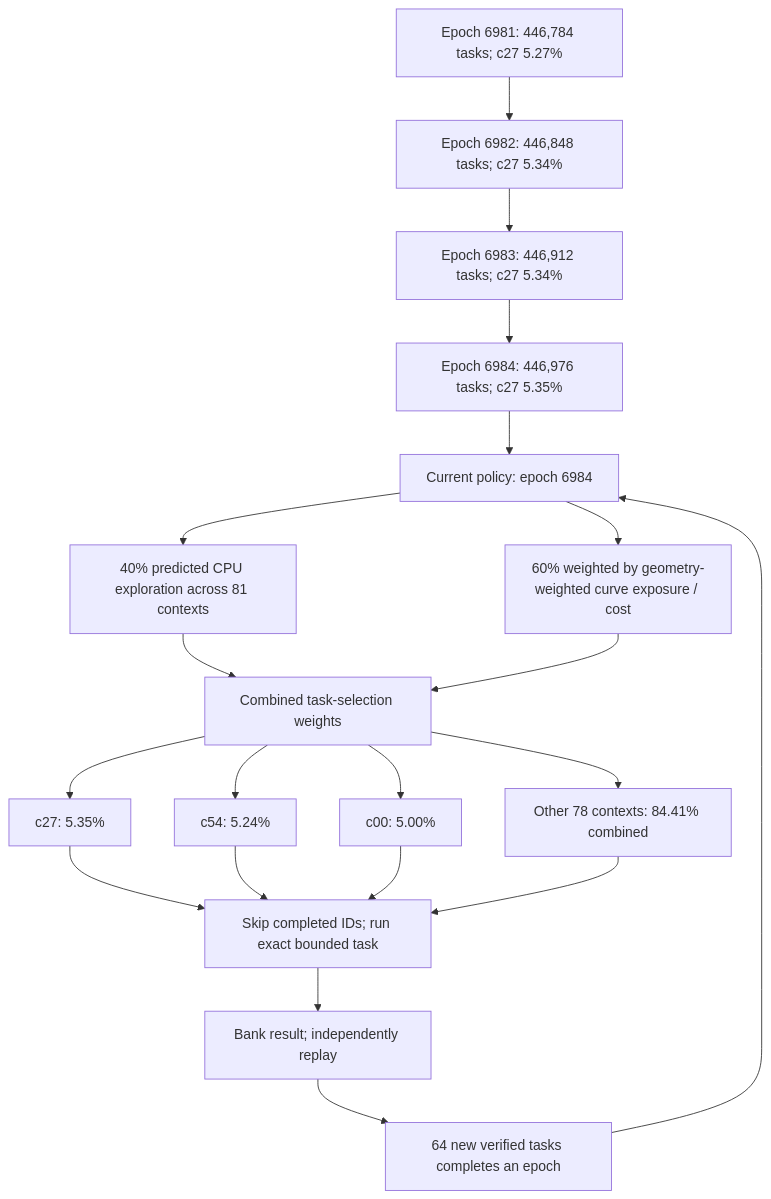
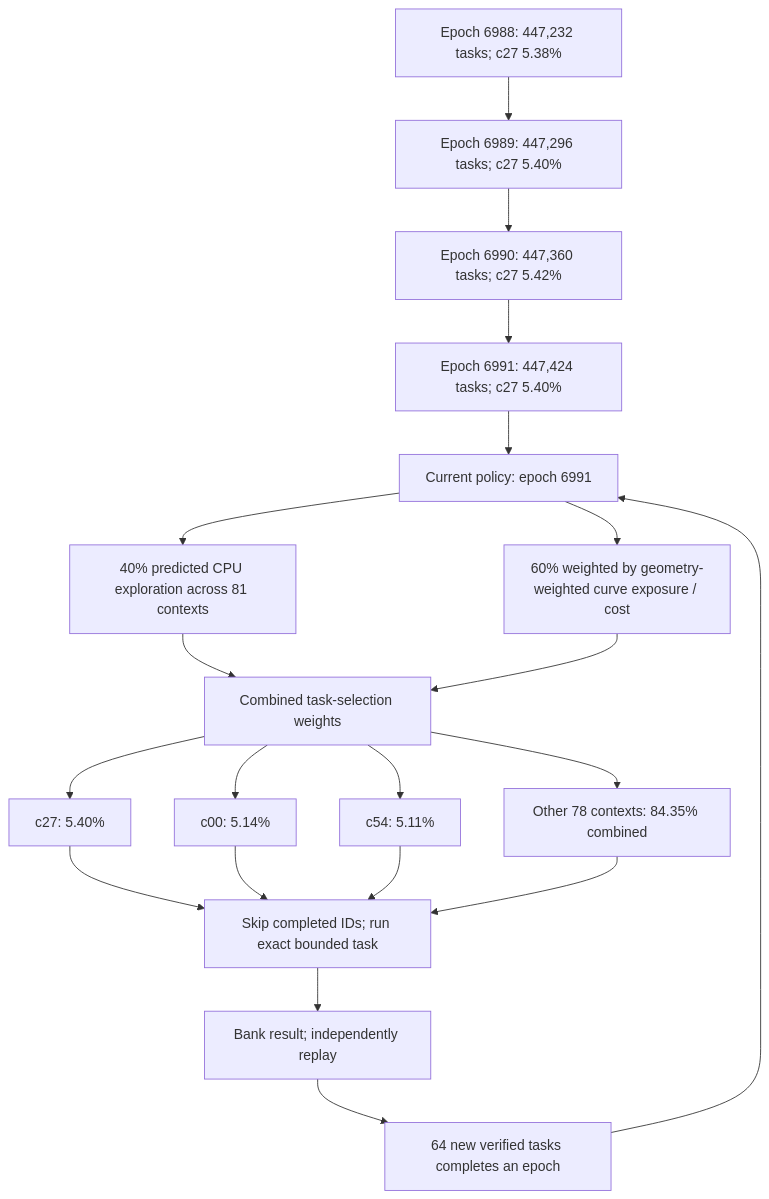
Before and after one commit to Kuberwastaken/math-gambling: the first of 4 diagrams in README.md, drawn with Mermaid. The commit also changed other lines of this file and 1481 other files, not shown here.

````diff
--- a/README.md
+++ b/README.md
@@ -60,27 +60,27 @@
 ```mermaid
 flowchart TD
-    H0["Epoch 6981: 446,784 tasks; c27 5.27%"]
-    H1["Epoch 6982: 446,848 tasks; c27 5.34%"]
+    H0["Epoch 6988: 447,232 tasks; c27 5.38%"]
+    H1["Epoch 6989: 447,296 tasks; c27 5.40%"]
     H0 --> H1
-    H2["Epoch 6983: 446,912 tasks; c27 5.34%"]
+    H2["Epoch 6990: 447,360 tasks; c27 5.42%"]
     H1 --> H2
-    H3["Epoch 6984: 446,976 tasks; c27 5.35%"]
+    H3["Epoch 6991: 447,424 tasks; c27 5.40%"]
     H2 --> H3
-    Policy["Current policy: epoch 6984"]
+    Policy["Current policy: epoch 6991"]
     H3 --> Policy
     Policy --> Explore["40% predicted CPU exploration across 81 contexts"]
     Policy --> Cost["60% weighted by geometry-weighted curve exposure / cost"]
     Explore --> Mix["Combined task-selection weights"]
     Cost --> Mix
-    Mix --> C0["c27: 5.35%"]
-    Mix --> C1["c54: 5.24%"]
-    Mix --> C2["c00: 5.00%"]
-    Mix --> Rest["Other 78 contexts: 84.41% combined"]
+    Mix --> C0["c27: 5.40%"]
+    Mix --> C1["c00: 5.14%"]
+    Mix --> C2["c54: 5.11%"]
+    Mix --> Rest["Other 78 contexts: 84.35% combined"]
     C0 --> Check["Skip completed IDs; run exact bounded task"]
     C1 --> Check
     C2 --> Check
     Rest --> Check
     Check --> Replay["Bank result; independently replay"]
     Replay --> Gate["64 new verified tasks completes an epoch"]
     Gate --> Policy
 ```
````
